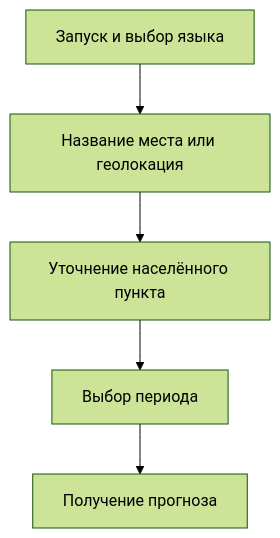
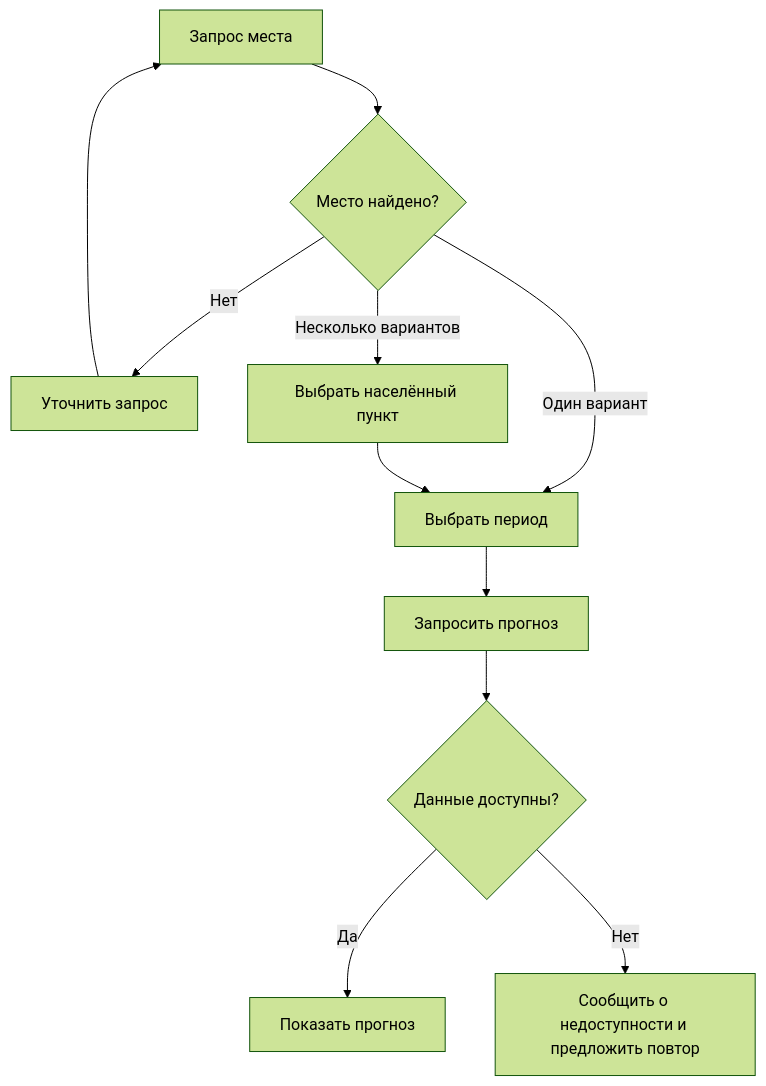
Before and after one commit to antonyakovlev11/user-scenario-weather-bot: the diagram in README.md, drawn with Mermaid (forest theme). The commit also changed other lines of this file, not shown here.

````diff
--- a/README.md
+++ b/README.md
@@ -12,7 +20,13 @@
 ```mermaid
 flowchart TD
-    A[Запуск и выбор языка] --> B[Название места или геолокация]
-    B --> C[Уточнение населённого пункта]
-    C --> D[Выбор периода]
-    D --> E[Получение прогноза]
+    A[Запрос места] --> B{Место найдено?}
+    B -->|Нет| C[Уточнить запрос]
+    C --> A
+    B -->|Несколько вариантов| D[Выбрать населённый пункт]
+    B -->|Один вариант| E[Выбрать период]
+    D --> E
+    E --> F[Запросить прогноз]
+    F --> G{Данные доступны?}
+    G -->|Да| H[Показать прогноз]
+    G -->|Нет| I[Сообщить о недоступности и предложить повтор]
 ```
````
